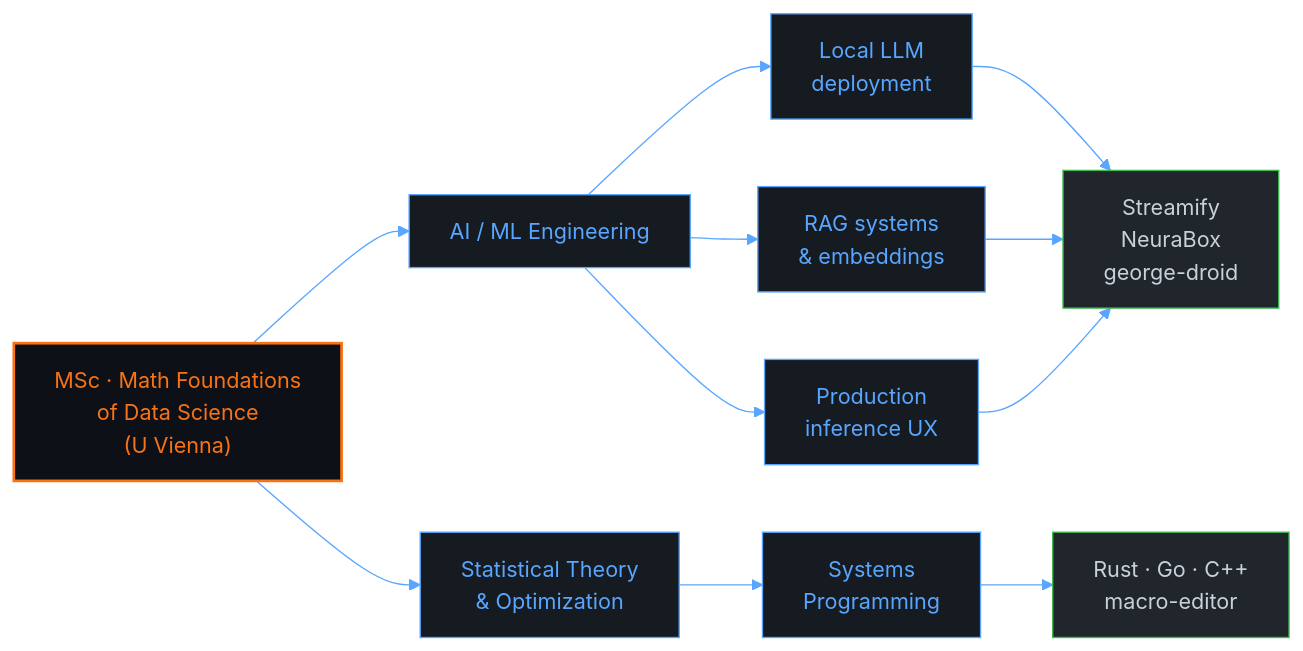
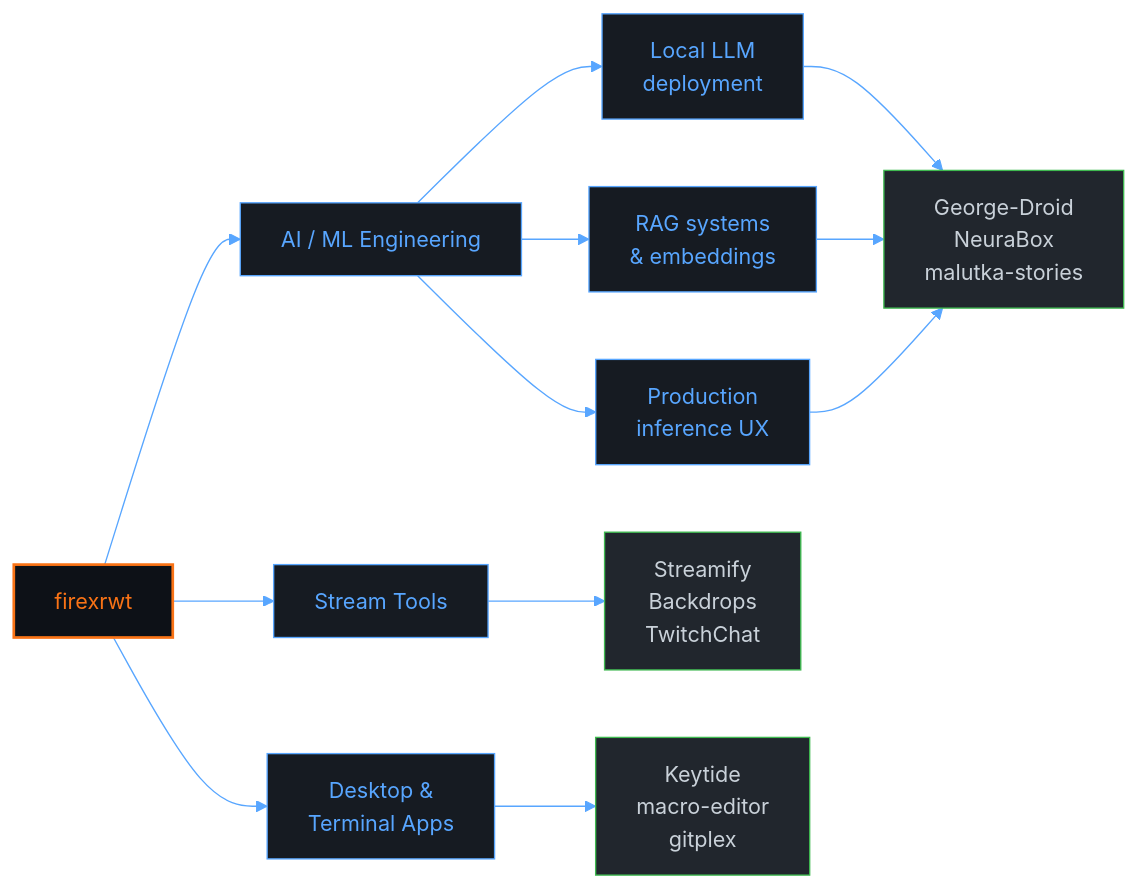
The diagram in README.md (firexrwt/firexrwt), drawn with Mermaid before and after one commit. The commit also changed other lines of this file, not shown here.

Commit message:
README: add public projects and live web tools, remove Vienna and dead stats widgets

````diff
--- a/README.md
+++ b/README.md
@@ -230,22 +167,23 @@
 ```mermaid
 %%{init: {'theme':'base','themeVariables':{'primaryColor':'#0D1117','primaryTextColor':'#C9D1D9','primaryBorderColor':'#58A6FF','lineColor':'#58A6FF','secondaryColor':'#161B22','tertiaryColor':'#21262D'}}}%%
 graph LR
-    A["MSc · Math Foundations<br/>of Data Science<br/>(U Vienna)"] --> B["AI / ML Engineering"]
-    A --> C["Statistical Theory<br/>& Optimization"]
+    A["firexrwt"] --> B["AI / ML Engineering"]
+    A --> C["Stream Tools"]
+    A --> H["Desktop &<br/>Terminal Apps"]
     B --> D["Local LLM<br/>deployment"]
     B --> E["RAG systems<br/>& embeddings"]
     B --> F["Production<br/>inference UX"]
-    D --> G["Streamify<br/>NeuraBox<br/>george-droid"]
+    D --> G["George-Droid<br/>NeuraBox<br/>malutka-stories"]
     E --> G
     F --> G
-    C --> H["Systems<br/>Programming"]
-    H --> I["Rust · Go · C++<br/>macro-editor"]
+    C --> J["Streamify<br/>Backdrops<br/>TwitchChat"]
+    H --> I["Keytide<br/>macro-editor<br/>gitplex"]
 
     classDef root fill:#0D1117,stroke:#F97316,stroke-width:2px,color:#F97316;
     classDef branch fill:#161B22,stroke:#58A6FF,stroke-width:1px,color:#58A6FF;
     classDef leaf fill:#21262D,stroke:#3FB950,stroke-width:1px,color:#C9D1D9;
     class A root;
     class B,C branch;
     class D,E,F,H branch;
-    class G,I leaf;
+    class G,I,J leaf;
 ```
````
